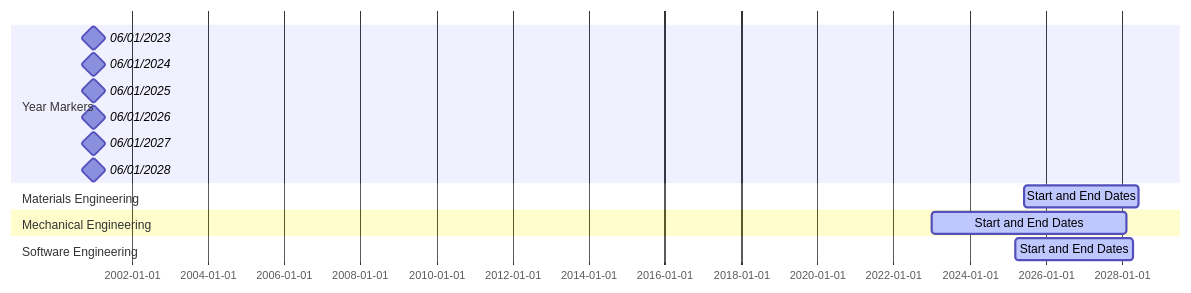
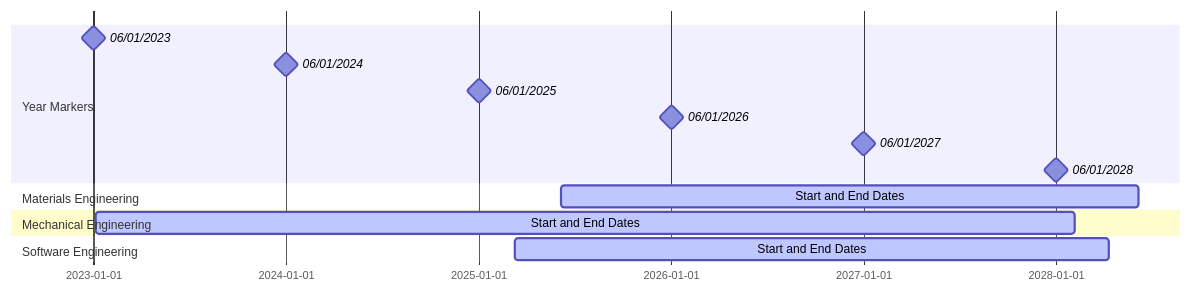
The first of 3 diagrams in README.md (delblerferreira/delblerferreira), drawn with Mermaid before and after one commit.

````diff
--- a/README.md
+++ b/README.md
@@ -31,21 +31,21 @@
 ```mermaid
 gantt
     dateFormat  YYYY-MM-DD
 
     section Year Markers
-    06/01/2023                 :milestone, ym2023, yaer 1, 1d
-    06/01/2024                 :milestone, ym2024, yaer 1, 1d
-    06/01/2025                 :milestone, ym2025, yaer 1, 1d
-    06/01/2026                 :milestone, ym2026, yaer 1, 1d
-    06/01/2027                 :milestone, ym2027, yaer 1, 1d
-    06/01/2028                 :milestone, ym2028, yaer 1, 1d
+    06/01/2023                 :milestone, ym2023, 2023, 1d
+    06/01/2024                 :milestone, ym2024, 2024, 1d
+    06/01/2025                 :milestone, ym2025, 2025, 1d
+    06/01/2026                 :milestone, ym2026, 2026, 1d
+    06/01/2027                 :milestone, ym2027, 2027, 1d
+    06/01/2028                 :milestone, ym2028, 2028, 1d
 
     section Materials Engineering
     Start and End Dates        :active, materials, 2025-06-06, 2028-06-06
 
     section Mechanical Engineering
     Start and End Dates        :active, mechanical, 2023-01-06, 2028-02-06
 
     section Software Engineering
     Start and End Dates        :active, software, 2025-03-10, 2028-04-10
 ```
````
